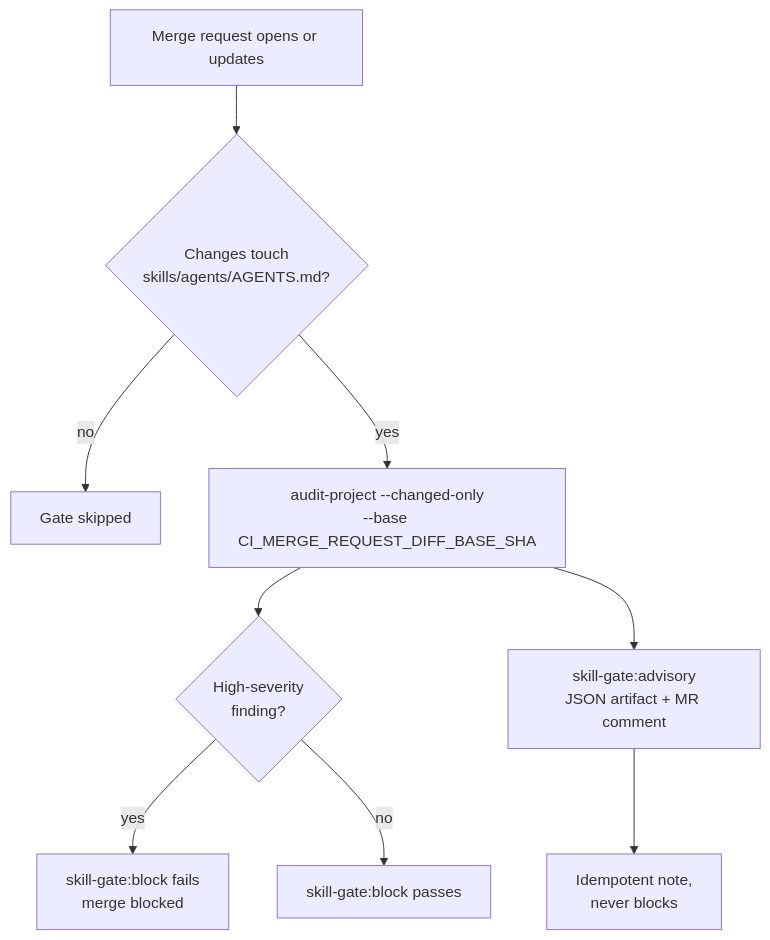
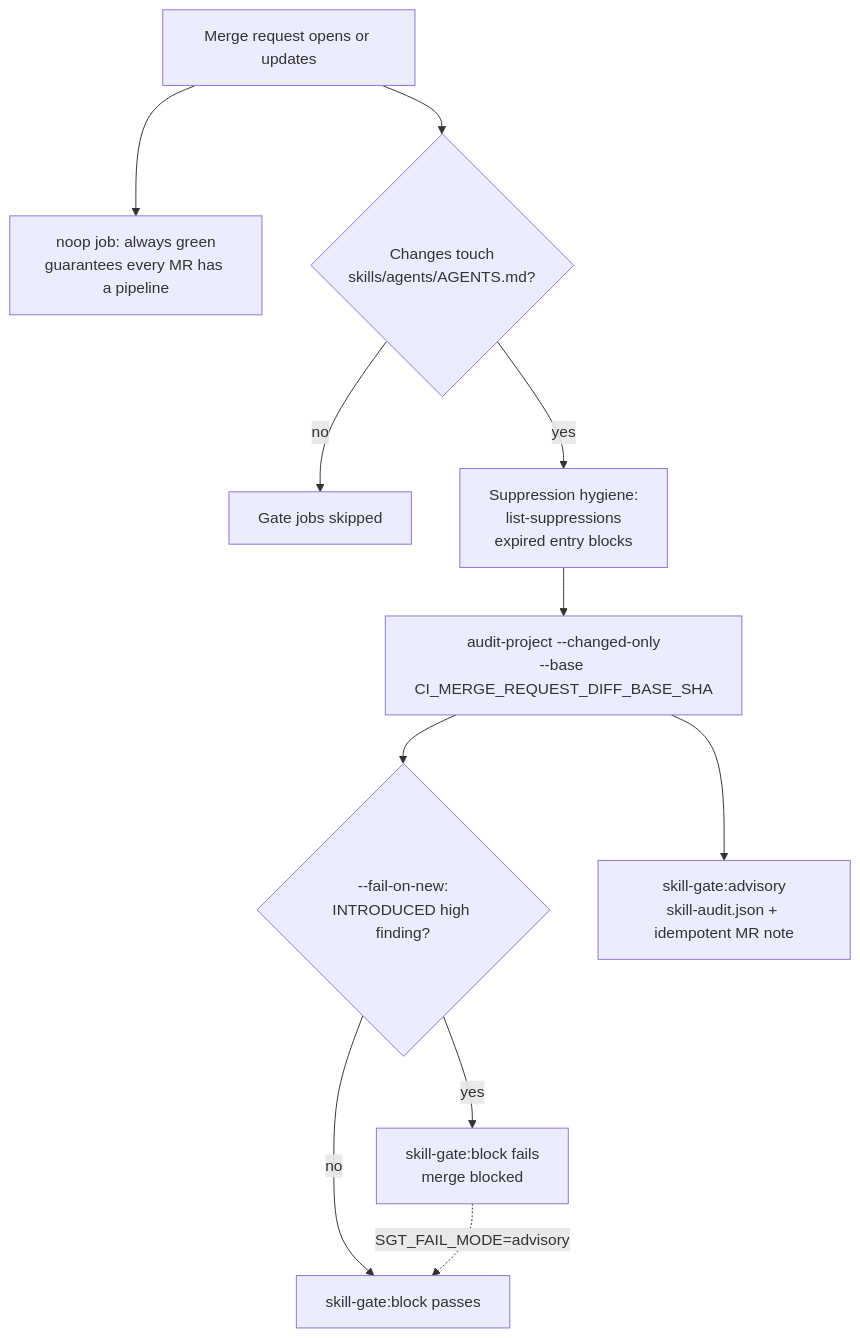
Before and after one commit to artemrudenko/skill-governance-toolkit: the sixth of 9 diagrams in docs/user-guide.md, drawn with Mermaid. The commit also changed other lines of this file and 1 other file, not shown here.

````diff
--- a/docs/user-guide.md
+++ b/docs/user-guide.md
@@ -591,11 +328,13 @@
 ```mermaid
 flowchart TD
-    MR[Merge request opens or updates] --> CH{Changes touch<br/>skills/agents/AGENTS.md?}
-    CH -- no --> SKIP[Gate skipped]
-    CH -- yes --> SCOPE[audit-project --changed-only<br/>--base CI_MERGE_REQUEST_DIFF_BASE_SHA]
-    SCOPE --> BLOCK{High-severity<br/>finding?}
-    BLOCK -- yes --> FAIL[skill-gate:block fails<br/>merge blocked]
-    BLOCK -- no --> PASS[skill-gate:block passes]
-    SCOPE --> ADV[skill-gate:advisory<br/>JSON artifact + MR comment]
-    ADV --> NOTE[Idempotent note,<br/>never blocks]
+    MR[Merge request opens or updates] --> NOOP[noop job: always green<br/>guarantees every MR has a pipeline]
+    MR --> CH{Changes touch<br/>skills/agents/AGENTS.md?}
+    CH -- no --> SKIP[Gate jobs skipped]
+    CH -- yes --> SUP[Suppression hygiene:<br/>list-suppressions<br/>expired entry blocks]
+    SUP --> SCOPE[audit-project --changed-only<br/>--base CI_MERGE_REQUEST_DIFF_BASE_SHA]
+    SCOPE --> NEW{--fail-on-new:<br/>INTRODUCED high finding?}
+    NEW -- yes --> FAIL[skill-gate:block fails<br/>merge blocked]
+    NEW -- no --> PASS[skill-gate:block passes]
+    SCOPE --> ADV[skill-gate:advisory<br/>skill-audit.json + idempotent MR note]
+    FAIL -. SGT_FAIL_MODE=advisory .-> PASS
 ```
````
